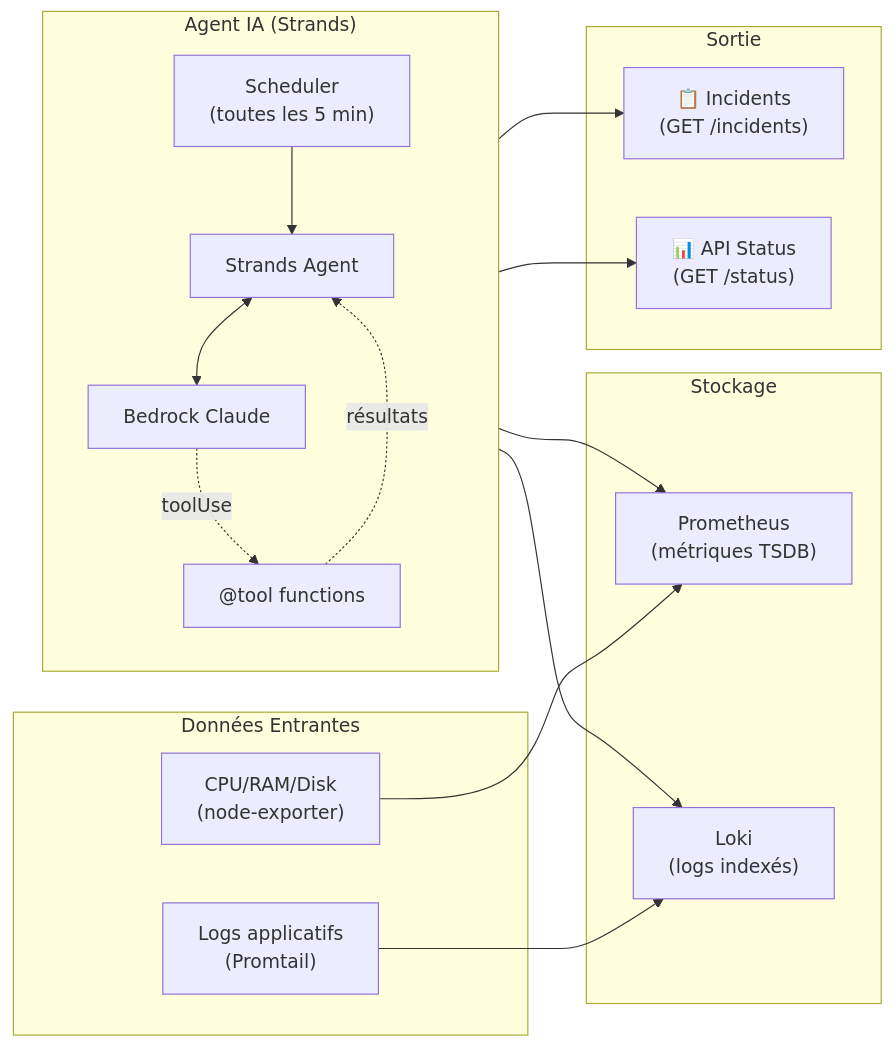
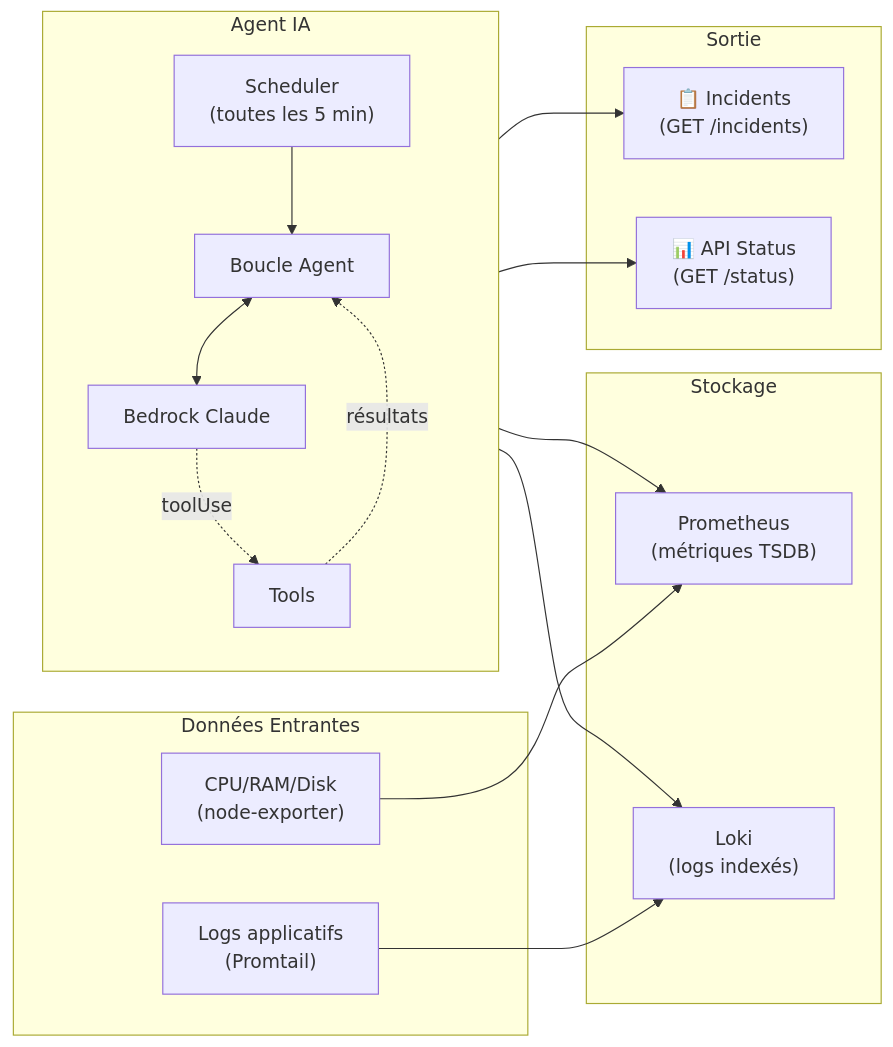
The sixth of 6 diagrams in README.md (RIKIEL-K/monitoring-ia), drawn with Mermaid before and after one commit. The commit also changed other lines of this file, not shown here.

First line of the commit message:
Revise README for AI agent features and tools

````diff
--- a/README.md
+++ b/README.md
@@ -221,36 +200,36 @@
 ```mermaid
 flowchart LR
     subgraph data_in["Données Entrantes"]
         D1["CPU/RAM/Disk\n(node-exporter)"]
         D2["Logs applicatifs\n(Promtail)"]
     end
     
     subgraph storage["Stockage"]
         S1["Prometheus\n(métriques TSDB)"]
         S2["Loki\n(logs indexés)"]
     end
     
-    subgraph agent["Agent IA (Strands)"]
+    subgraph agent["Agent IA"]
         direction TB
         A1["Scheduler\n(toutes les 5 min)"]
-        A2["Strands Agent"]
-        A3["@tool functions"]
+        A2["Boucle Agent"]
+        A3["Tools"]
         A4["Bedrock Claude"]
         A1 --> A2
         A2 <--> A4
         A4 -.->|"toolUse"| A3
         A3 -.->|"résultats"| A2
     end
     
     subgraph output["Sortie"]
         O1["📋 Incidents\n(GET /incidents)"]
         O2["📊 API Status\n(GET /status)"]
     end
     
     D1 --> S1
     D2 --> S2
     A3 --> S1
     A3 --> S2
     A2 --> O1
     agent --> O2
 ```
````
